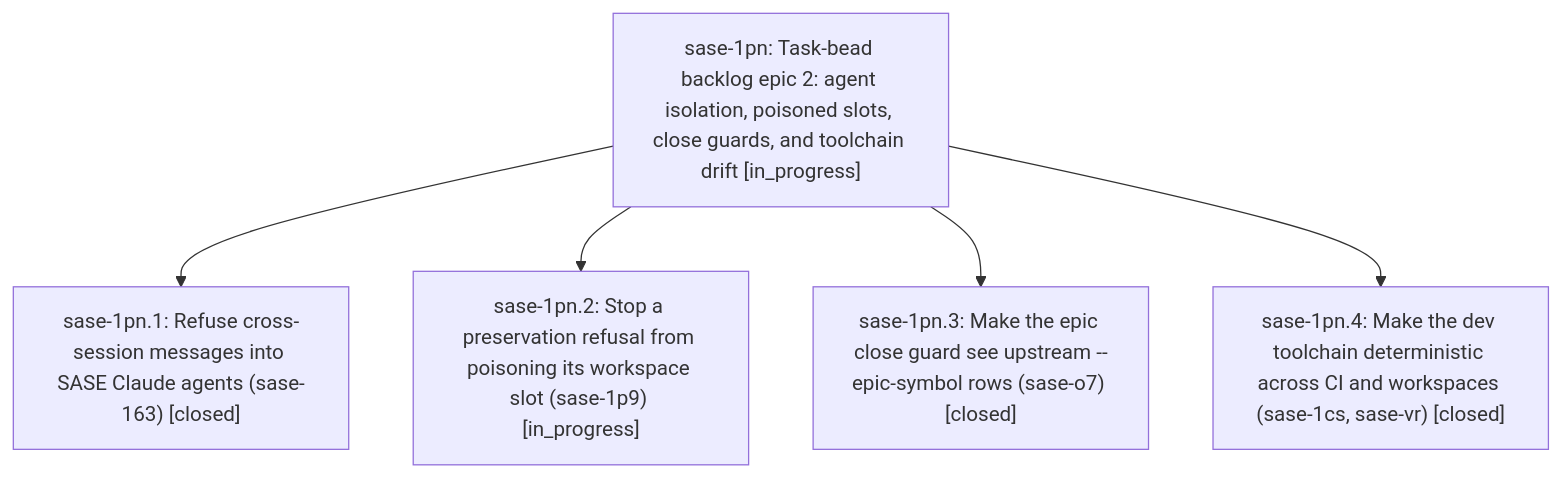
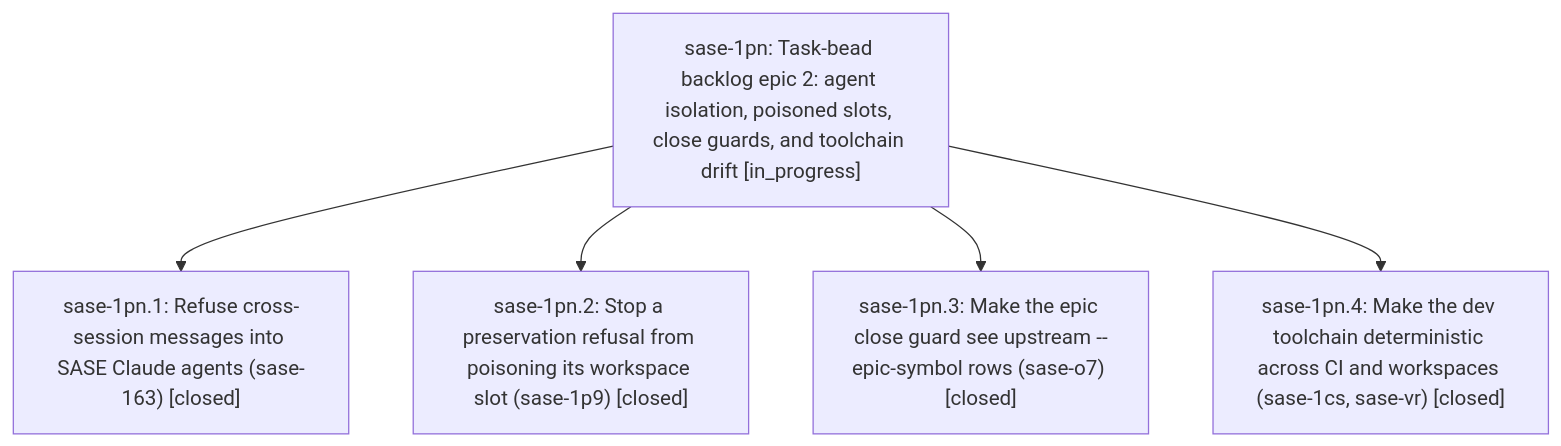
Before and after one commit to sase-org/sase--beads: the diagram in pages/sase-1pn/README.md, drawn with Mermaid. The commit also changed other lines of this file and 4 other files, not shown here.

````diff
--- a/pages/sase-1pn/README.md
+++ b/pages/sase-1pn/README.md
@@ -37,12 +39,12 @@
 ```mermaid
 flowchart TD
     n0["sase-1pn: Task-bead backlog epic 2: agent isolation, poisoned slots, close guards, and toolchain drift [in_progress]"]
     n1["sase-1pn.1: Refuse cross-session messages into SASE Claude agents (sase-163) [closed]"]
-    n2["sase-1pn.2: Stop a preservation refusal from poisoning its workspace slot (sase-1p9) [in_progress]"]
+    n2["sase-1pn.2: Stop a preservation refusal from poisoning its workspace slot (sase-1p9) [closed]"]
     n3["sase-1pn.3: Make the epic close guard see upstream --epic-symbol rows (sase-o7) [closed]"]
     n4["sase-1pn.4: Make the dev toolchain deterministic across CI and workspaces (sase-1cs, sase-vr) [closed]"]
     n0 --> n1
     n0 --> n2
     n0 --> n3
     n0 --> n4
 ```
````
